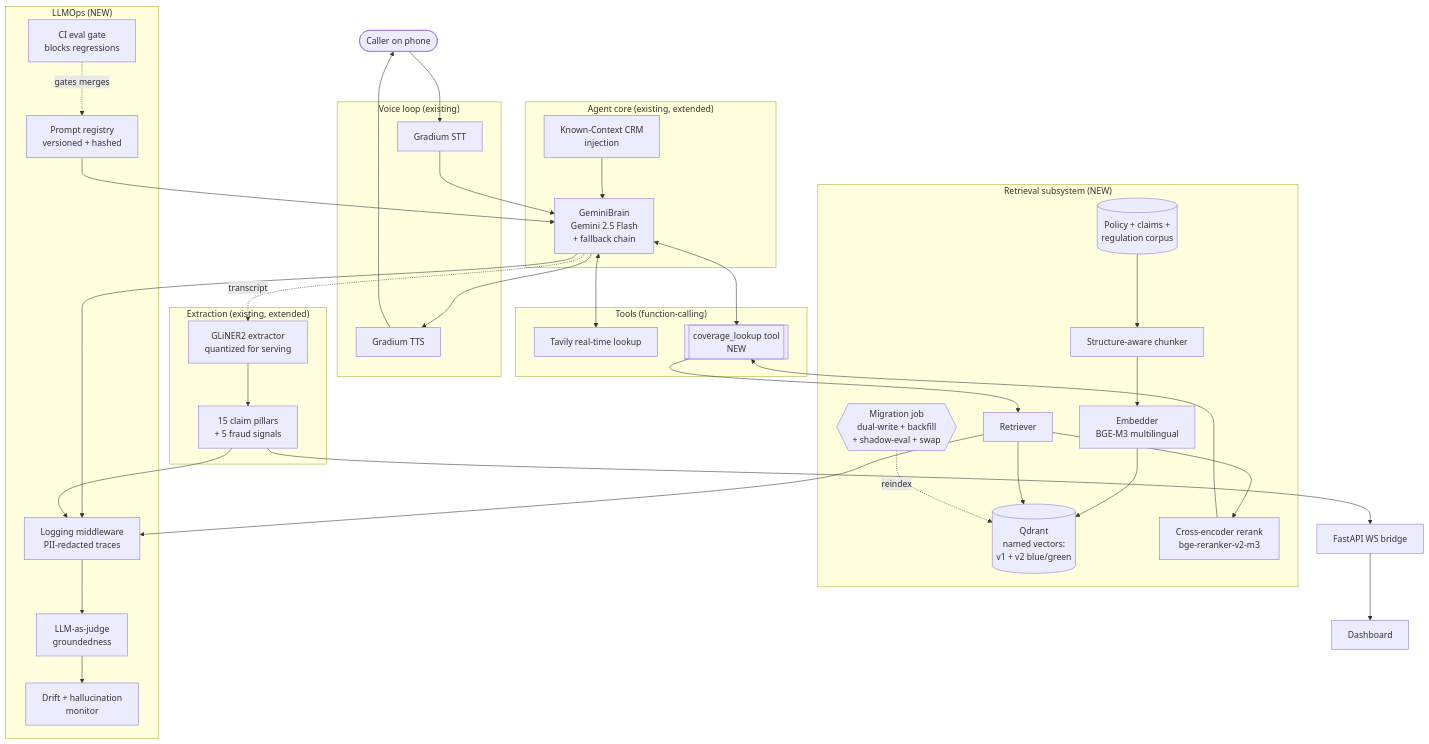
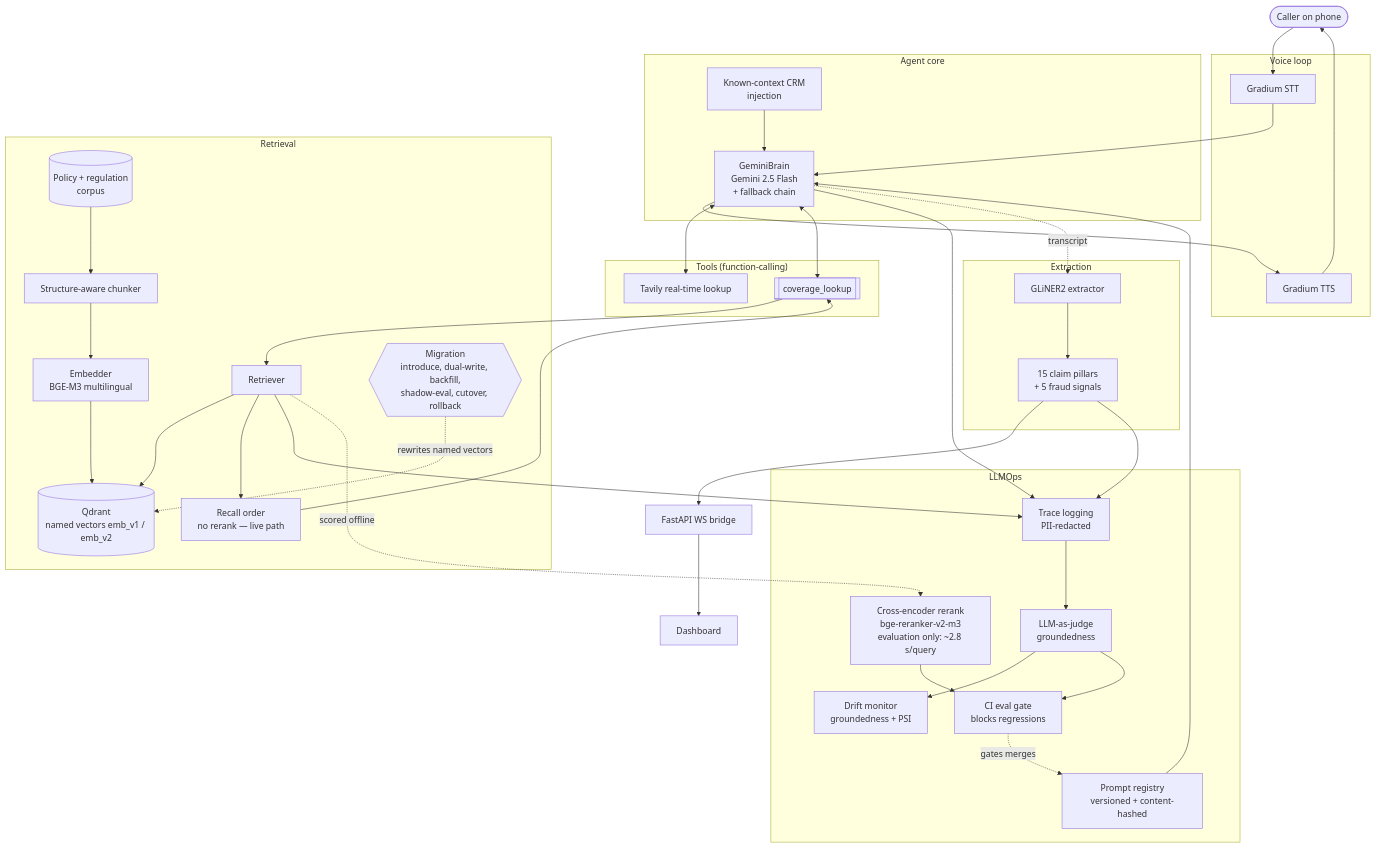
Before and after one commit to IamHetPatel/EchoClaim: the diagram in docs/architecture.mermaid, drawn with Mermaid. The commit also changed 26 other files, not shown here.

```diff
--- a/docs/architecture.mermaid
+++ b/docs/architecture.mermaid
@@ -1,61 +1,64 @@
 flowchart TB
     caller([Caller on phone])
 
-    subgraph voice["Voice loop (existing)"]
+    subgraph voice["Voice loop"]
         stt[Gradium STT]
         tts[Gradium TTS]
     end
 
-    subgraph brain["Agent core (existing, extended)"]
+    subgraph brain["Agent core"]
         gemini[GeminiBrain<br/>Gemini 2.5 Flash<br/>+ fallback chain]
-        ctx[Known-Context CRM<br/>injection]
+        ctx[Known-context CRM<br/>injection]
     end
 
     subgraph tools["Tools (function-calling)"]
         tavily[Tavily real-time lookup]
-        coverage[[coverage_lookup tool<br/>NEW]]
+        coverage[[coverage_lookup]]
     end
 
-    subgraph retrieval["Retrieval subsystem (NEW)"]
-        corpus[(Policy + claims +<br/>regulation corpus)]
+    subgraph retrieval["Retrieval"]
+        corpus[(Policy + regulation<br/>corpus)]
         chunker[Structure-aware chunker]
         embedder[Embedder<br/>BGE-M3 multilingual]
-        qdrant[(Qdrant<br/>named vectors:<br/>v1 + v2 blue/green)]
+        qdrant[(Qdrant<br/>named vectors emb_v1 / emb_v2)]
         retr[Retriever]
-        rerank[Cross-encoder rerank<br/>bge-reranker-v2-m3]
-        migrate{{Migration job<br/>dual-write + backfill<br/>+ shadow-eval + swap}}
+        noop[Recall order<br/>no rerank — live path]
+        migrate{{Migration<br/>introduce, dual-write, backfill,<br/>shadow-eval, cutover, rollback}}
     end
 
-    subgraph extract["Extraction (existing, extended)"]
-        gliner[GLiNER2 extractor<br/>quantized for serving]
+    subgraph extract["Extraction"]
+        gliner[GLiNER2 extractor]
         pillars[15 claim pillars<br/>+ 5 fraud signals]
     end
 
-    subgraph llmops["LLMOps (NEW)"]
-        registry[Prompt registry<br/>versioned + hashed]
-        logmw[Logging middleware<br/>PII-redacted traces]
+    subgraph llmops["LLMOps"]
+        registry[Prompt registry<br/>versioned + content-hashed]
+        logmw[Trace logging<br/>PII-redacted]
         judge[LLM-as-judge<br/>groundedness]
-        drift[Drift + hallucination<br/>monitor]
+        drift[Drift monitor<br/>groundedness + PSI]
         gate[CI eval gate<br/>blocks regressions]
+        rerank[Cross-encoder rerank<br/>bge-reranker-v2-m3<br/>evaluation only: ~2.8 s/query]
     end
 
     bridge[FastAPI WS bridge]
     dash[Dashboard]
 
     caller --> stt --> gemini
     ctx --> gemini
     gemini --> tts --> caller
     gemini <--> tavily
     gemini <--> coverage
     coverage --> retr
     corpus --> chunker --> embedder --> qdrant
     retr --> qdrant
-    retr --> rerank --> coverage
-    migrate -. reindex .-> qdrant
+    retr --> noop --> coverage
+    migrate -. rewrites named vectors .-> qdrant
     registry --> gemini
     gemini --> logmw
     logmw --> judge --> drift
     retr --> logmw
     gemini -. transcript .-> gliner --> pillars --> bridge --> dash
     pillars --> logmw
+    retr -. scored offline .-> rerank --> gate
+    judge --> gate
     gate -. gates merges .-> registry
```
